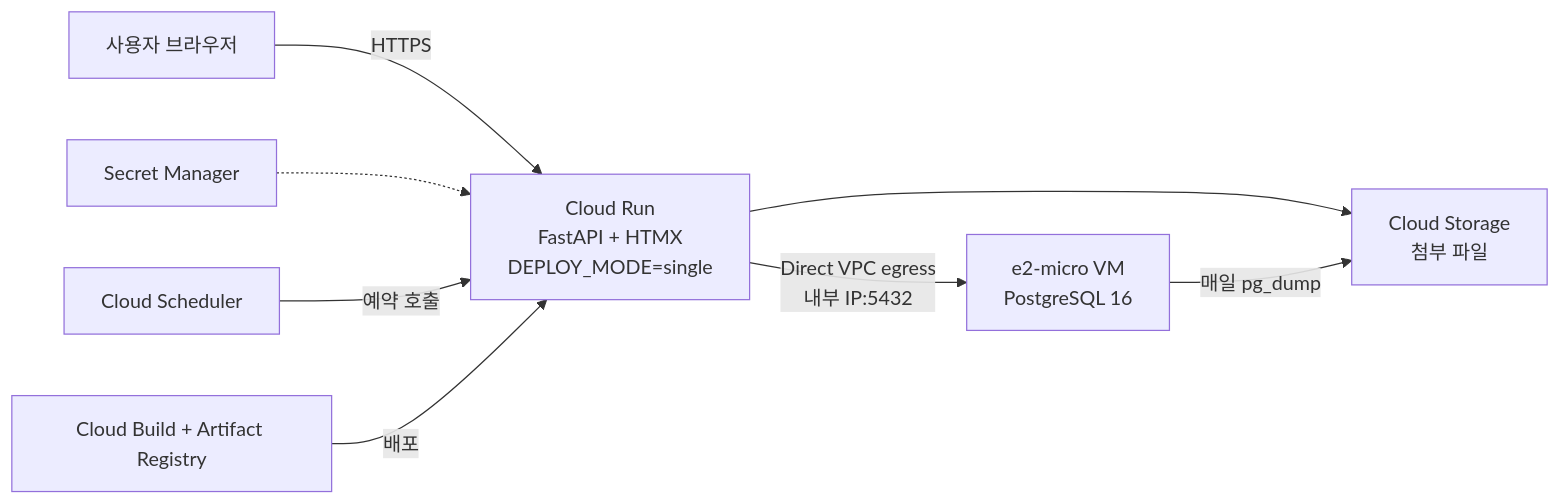
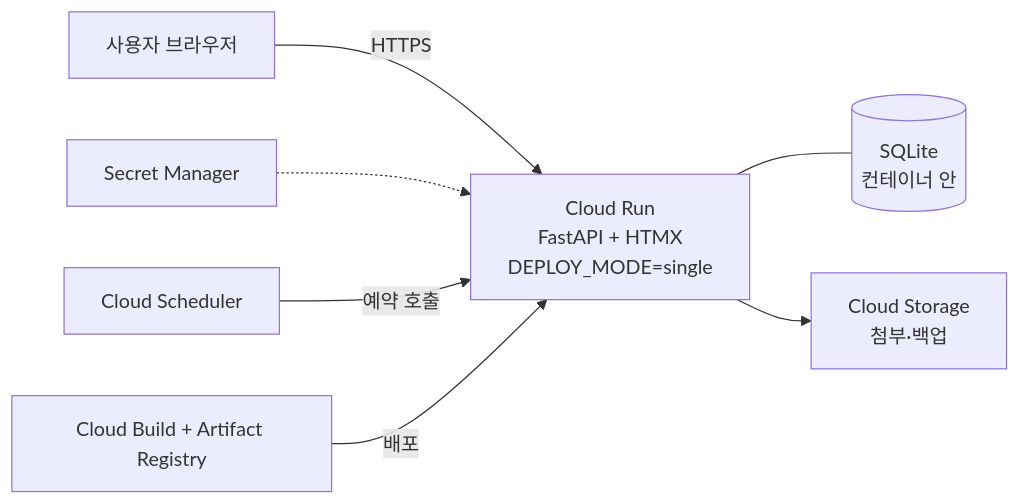
One commit to jwp-system/baroerp changed the third of 3 diagrams in baroerp.md. Above: the diagram before and after it, drawn with Mermaid. The commit also changed other lines of this file and 8 other files, not shown here.

````diff
--- a/baroerp.md
+++ b/baroerp.md
@@ -458,10 +457,9 @@
 ```mermaid
 flowchart LR
   U[사용자 브라우저] -- HTTPS --> CR[Cloud Run<br/>FastAPI + HTMX<br/>DEPLOY_MODE=single]
-  CR -- Direct VPC egress<br/>내부 IP:5432 --> VM[e2-micro VM<br/>PostgreSQL 16]
-  CR --> GCS[Cloud Storage<br/>첨부 파일]
-  VM -- 매일 pg_dump --> GCS
+  CR --- DB[(SQLite<br/>컨테이너 안)]
+  CR --> GCS[Cloud Storage<br/>첨부·백업]
   SM[Secret Manager] -.-> CR
   CS[Cloud Scheduler] -- 예약 호출 --> CR
   CB[Cloud Build + Artifact Registry] -- 배포 --> CR
 ```
````
